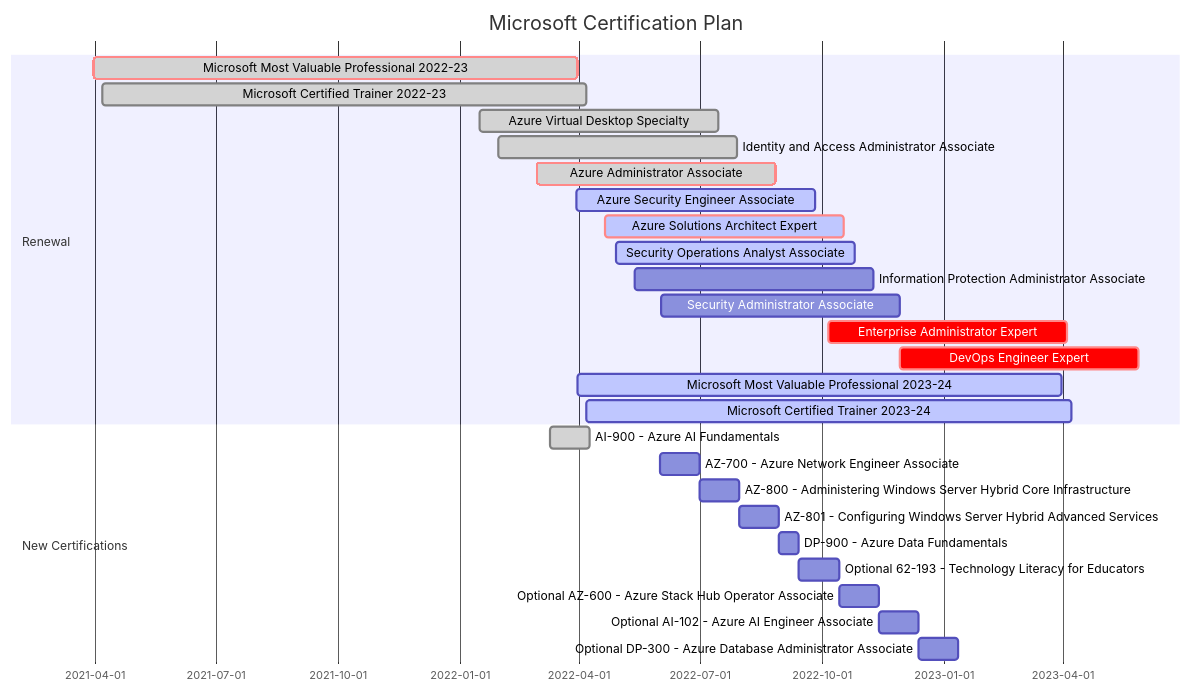
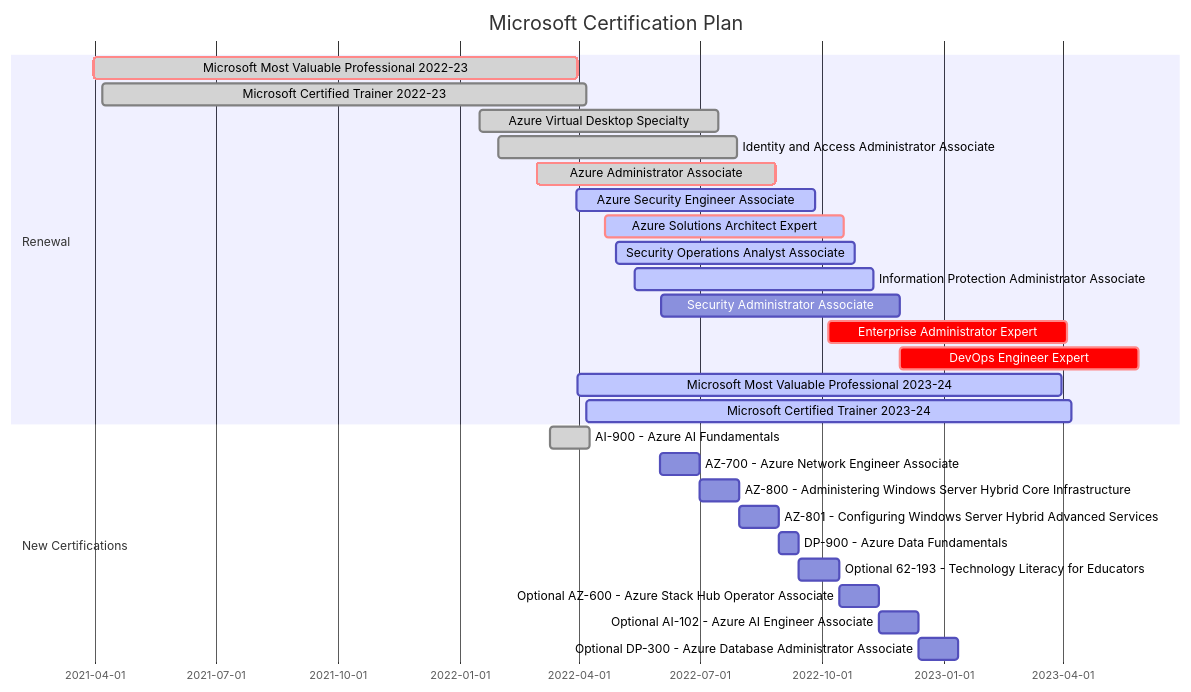
The diagram in README.md (vukasinterzic/vukasinterzic), drawn with Mermaid before and after one commit.

````diff
--- a/README.md
+++ b/README.md
@@ -38,31 +38,31 @@
 ```mermaid
     gantt
     title Microsoft Certification Plan
     dateFormat  YYYY-MM-DD
     section Renewal
     Microsoft Most Valuable Professional 2022-23    :crit, done, 2021-03-31, 365d
     Microsoft Certified Trainer 2022-23             :done, 2021-04-07, 365d
     Azure Virtual Desktop Specialty                 :done, 2022-01-16, 180d
     Identity and Access Administrator Associate     :done, 2022-01-30, 180d
     Azure Administrator Associate                   :crit, done, a2, 2022-02-28, 180d
     Azure Security Engineer Associate               :active, 2022-03-30, 180d
     Azure Solutions Architect Expert                :crit, active, 2022-04-21, 180d
     Security Operations Analyst Associate           :active, 2022-04-29, 180d
-    Information Protection Administrator Associate  :a6, 2022-05-13, 180d
+    Information Protection Administrator Associate  :active, 2022-05-13, 180d
     Security Administrator Associate                :a7, 2022-06-02, 180d
     Enterprise Administrator Expert                 :crit, a8, 2022-10-06, 180d
     DevOps Engineer Expert                          :crit, a9, 2022-11-29, 180d
     Microsoft Most Valuable Professional 2023-24    :active, 2022-03-31, 365d
     Microsoft Certified Trainer 2023-24             :active, 2022-04-07, 365d
 
     section New Certifications
     AI-900 - Azure AI Fundamentals                                      :done, 2022-03-10, 30d
     AZ-700 - Azure Network Engineer Associate                           :a12, 2022-06-01, 30d
     AZ-800 - Administering Windows Server Hybrid Core Infrastructure    :a13, after a12, 30d
     AZ-801 - Configuring Windows Server Hybrid Advanced Services        :a14, after a13, 30d
     DP-900 - Azure Data Fundamentals                                    :a15, after a14, 15d
     Optional 62-193 - Technology Literacy for Educators                 :a16, after a15, 30d
     Optional AZ-600 - Azure Stack Hub Operator Associate                :a17, after a16, 30d
     Optional AI-102 - Azure AI Engineer Associate                       :a18, after a17, 30d
     Optional DP-300 - Azure Database Administrator Associate            :a19, after a18, 30d
 ```
````
